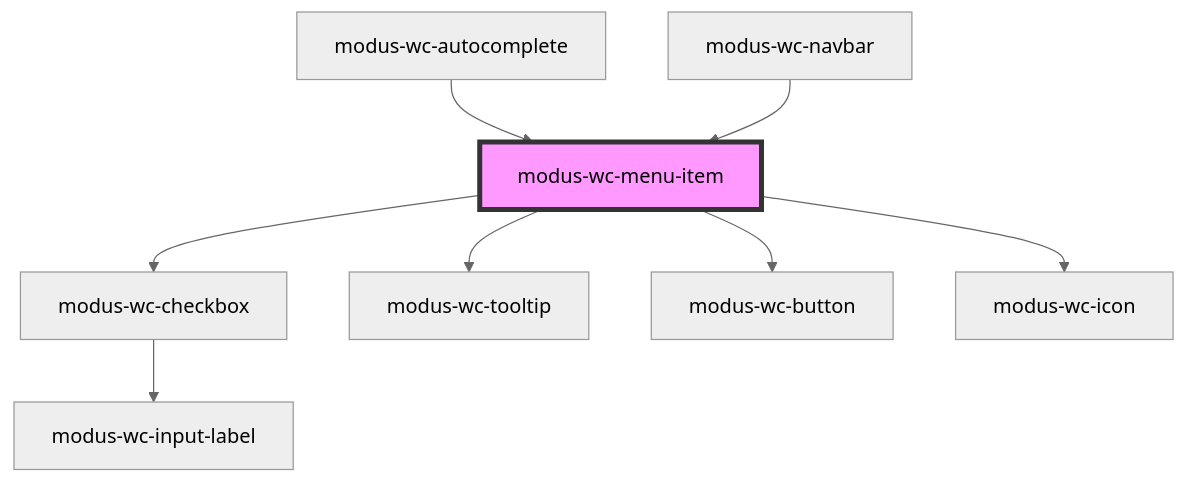
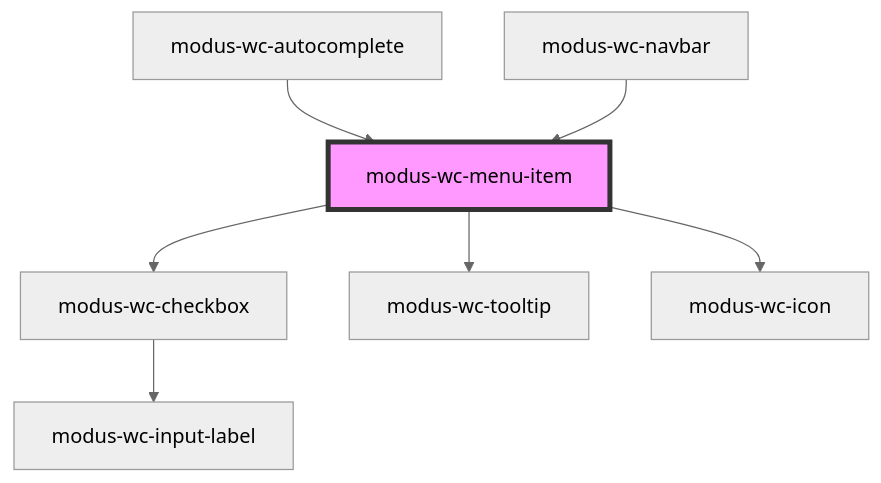
The diagram in src/components/modus-wc-menu-item/readme.md (trimble-oss/modus-wc-2.0), drawn with Mermaid (neutral theme) before and after one commit. The commit also changed other lines of this file and 5 other files, not shown here.

````diff
--- a/src/components/modus-wc-menu-item/readme.md
+++ b/src/components/modus-wc-menu-item/readme.md
@@ -69,11 +69,10 @@
 ```mermaid
 graph TD;
   modus-wc-menu-item --> modus-wc-checkbox
   modus-wc-menu-item --> modus-wc-tooltip
-  modus-wc-menu-item --> modus-wc-button
   modus-wc-menu-item --> modus-wc-icon
   modus-wc-checkbox --> modus-wc-input-label
   modus-wc-autocomplete --> modus-wc-menu-item
   modus-wc-navbar --> modus-wc-menu-item
   style modus-wc-menu-item fill:#f9f,stroke:#333,stroke-width:4px
 ```
````
